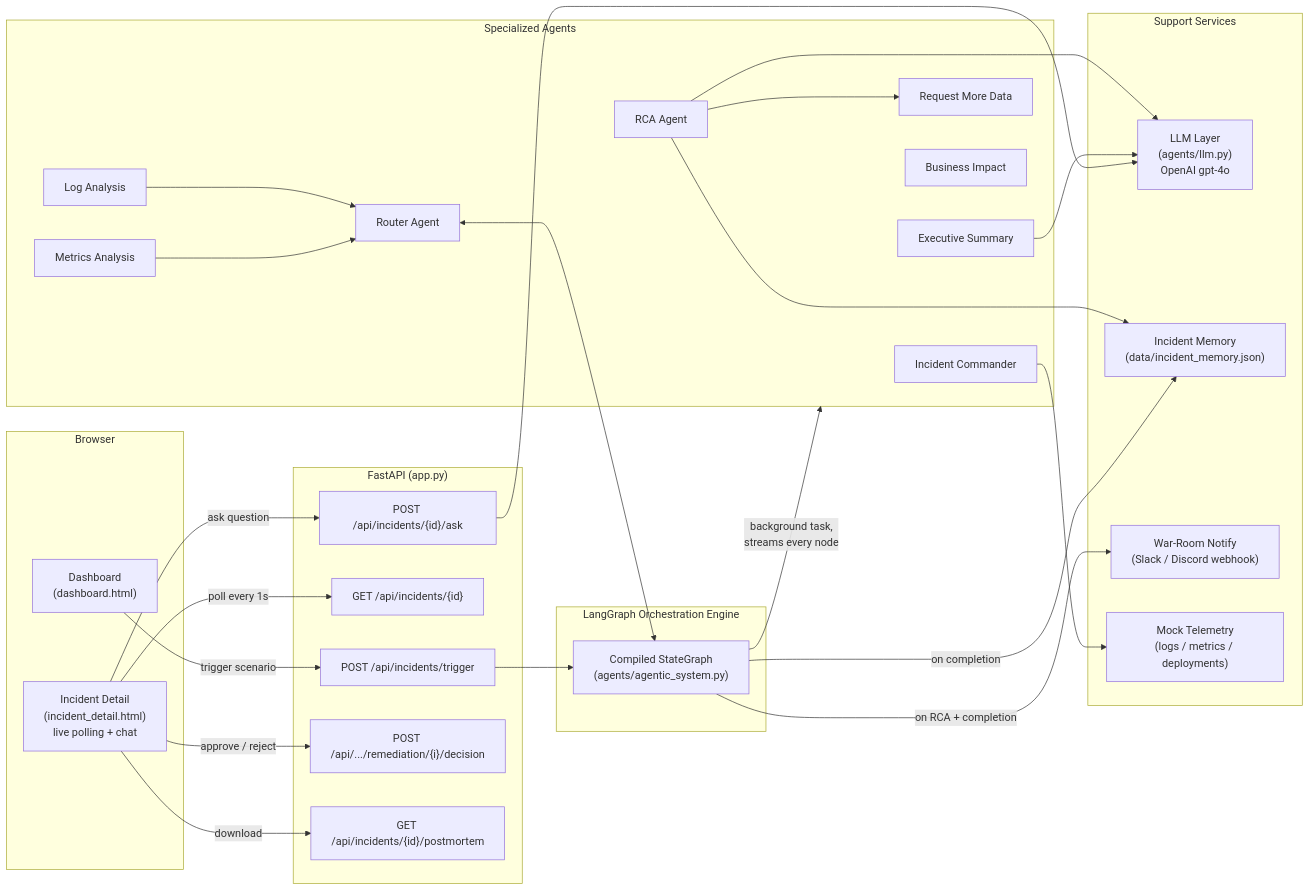
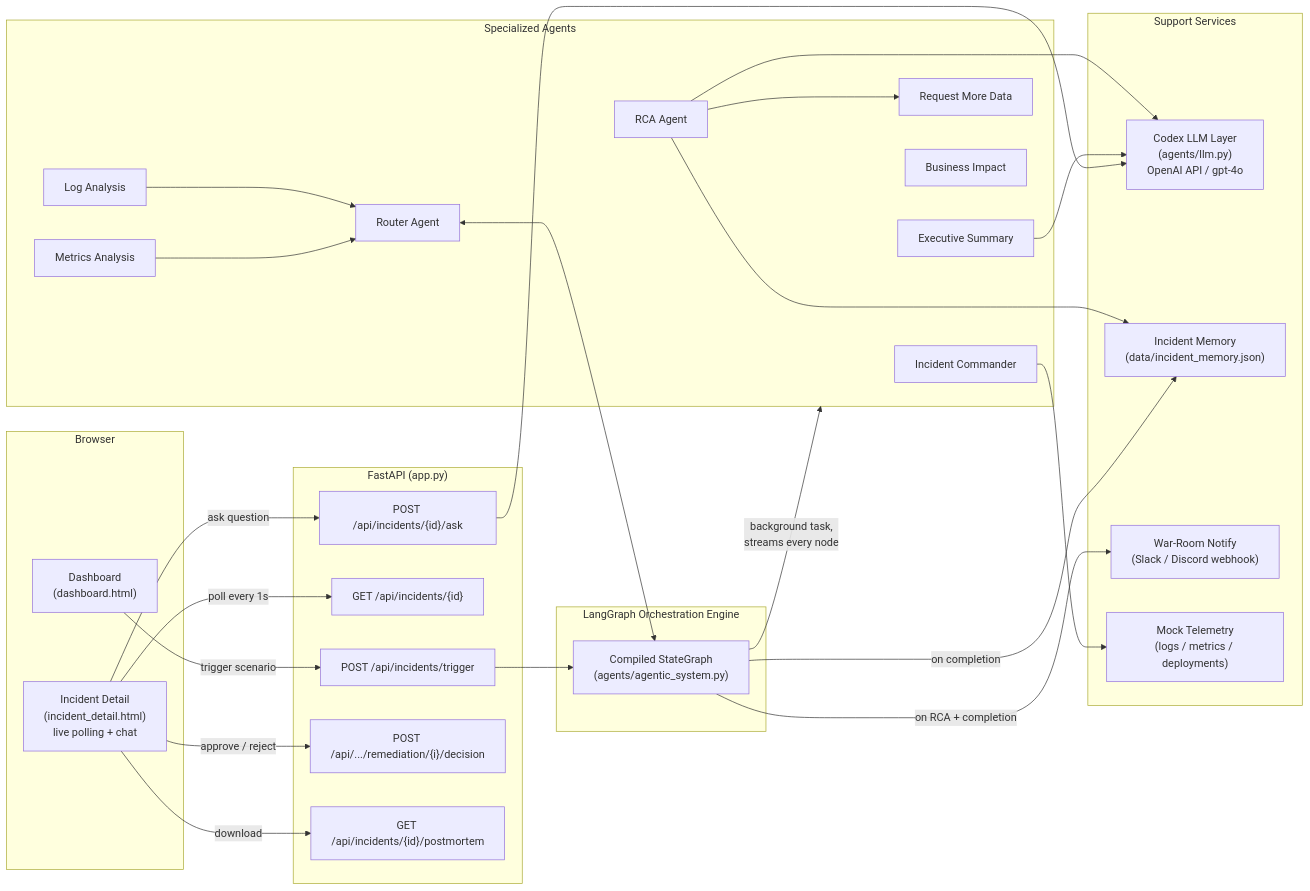
The first of 3 diagrams in ARCHITECTURE.md (amulyagupta1278/incident-response-system), drawn with Mermaid before and after one commit. The commit also changed other lines of this file and 74 other files, not shown here.

````diff
--- a/ARCHITECTURE.md
+++ b/ARCHITECTURE.md
@@ -7,57 +7,57 @@
 ```mermaid
 flowchart LR
     subgraph Client["Browser"]
         DASH["Dashboard\n(dashboard.html)"]
         DETAIL["Incident Detail\n(incident_detail.html)\nlive polling + chat"]
     end
 
     subgraph API["FastAPI (app.py)"]
         TRIGGER["POST /api/incidents/trigger"]
         POLL["GET /api/incidents/{id}"]
         ASK["POST /api/incidents/{id}/ask"]
         DECIDE["POST /api/.../remediation/{i}/decision"]
         PMD["GET /api/incidents/{id}/postmortem"]
     end
 
     subgraph Engine["LangGraph Orchestration Engine"]
         GRAPH["Compiled StateGraph\n(agents/agentic_system.py)"]
     end
 
     subgraph Agents["Specialized Agents"]
         IC[Incident Commander]
         LA[Log Analysis]
         MA[Metrics Analysis]
         RCA[RCA Agent]
         RMD[Request More Data]
         BI[Business Impact]
         ES[Executive Summary]
         ROUTER[Router Agent]
     end
 
     subgraph Support["Support Services"]
-        LLM["LLM Layer\n(agents/llm.py)\nOpenAI gpt-4o"]
+        LLM["Codex LLM Layer\n(agents/llm.py)\nOpenAI API / gpt-4o"]
         MEM["Incident Memory\n(data/incident_memory.json)"]
         NOTIFY["War-Room Notify\n(Slack / Discord webhook)"]
         DATA["Mock Telemetry\n(logs / metrics / deployments)"]
     end
 
     DASH -- "trigger scenario" --> TRIGGER
     TRIGGER --> GRAPH
     GRAPH -- "background task,\nstreams every node" --> Agents
     DETAIL -- "poll every 1s" --> POLL
     DETAIL -- "ask question" --> ASK
     DETAIL -- "approve / reject" --> DECIDE
     DETAIL -- "download" --> PMD
 
     ROUTER <--> GRAPH
     IC --> DATA
     LA --> ROUTER
     MA --> ROUTER
     RCA --> LLM
     RCA --> MEM
     RCA --> RMD
     ES --> LLM
     ASK --> LLM
     GRAPH -- "on RCA + completion" --> NOTIFY
     GRAPH -- "on completion" --> MEM
 ```
````
